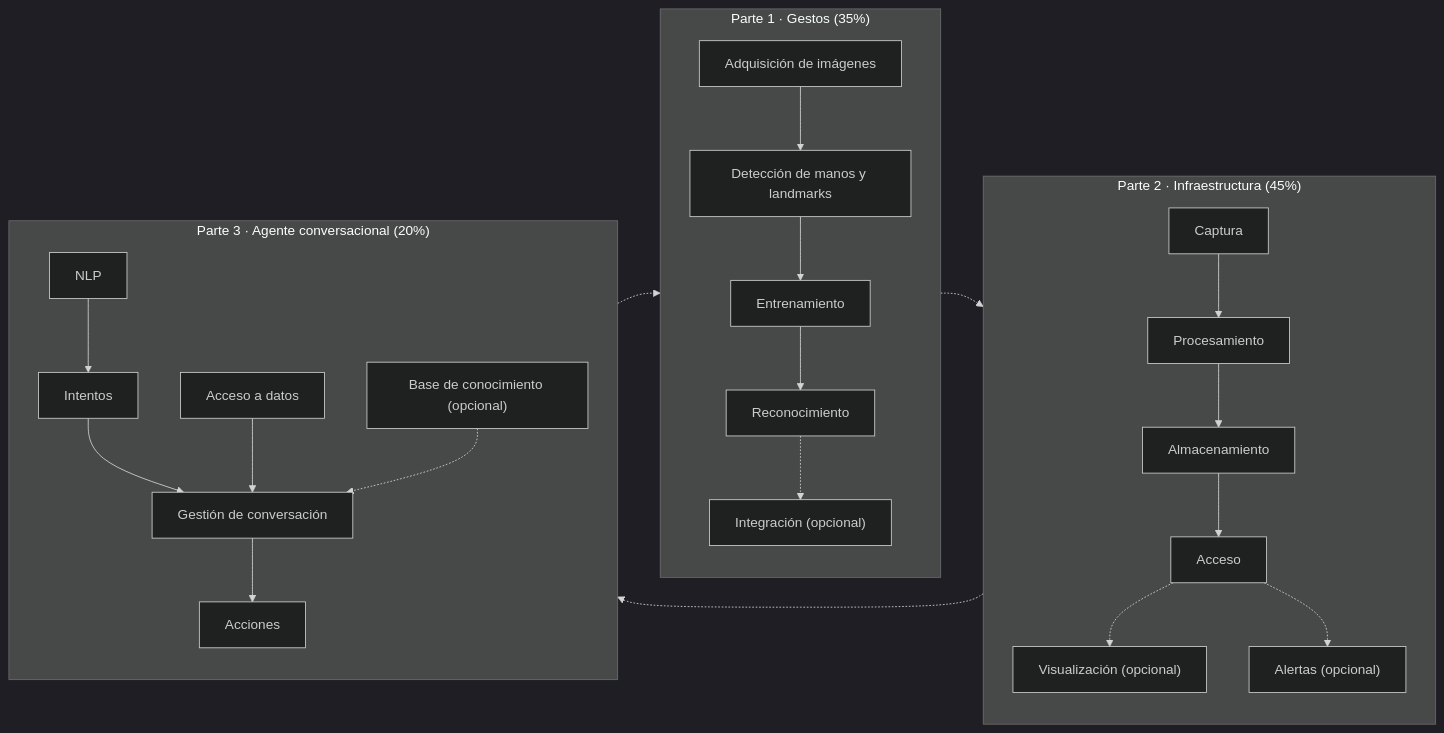
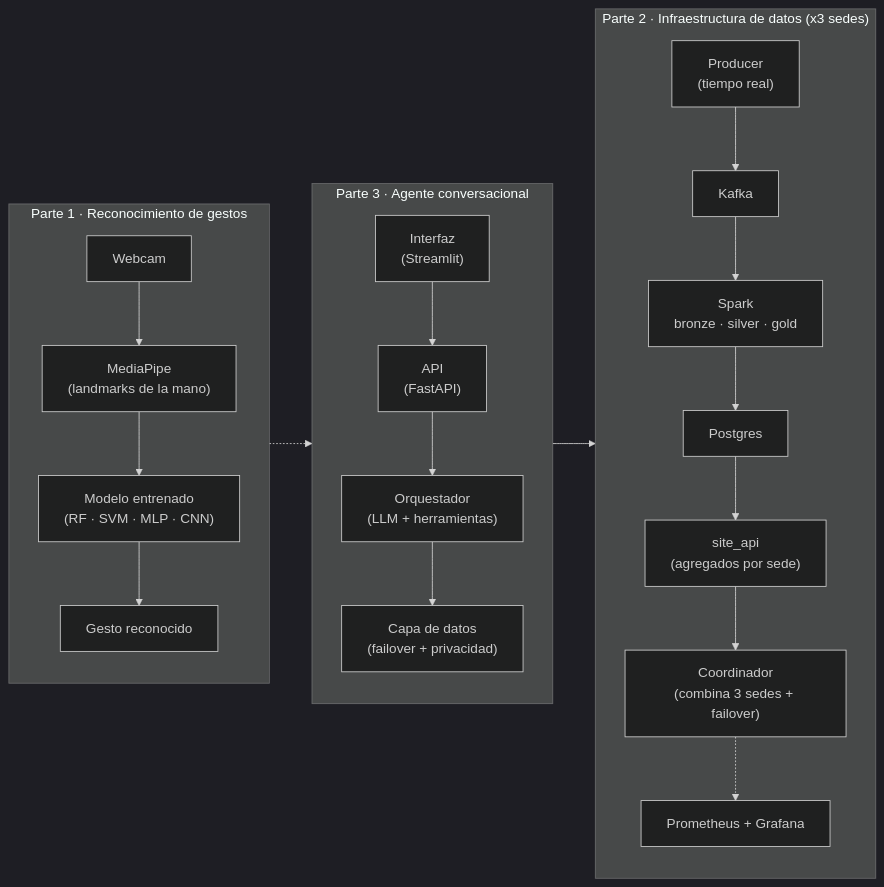
Before and after one commit to AlfonsoJimena/multimodal-analyst-assistant: the diagram in README.md, drawn with Mermaid (dark theme). The commit also changed other lines of this file and 3 other files, not shown here.

````diff
--- a/README.md
+++ b/README.md
@@ -60,32 +18,29 @@
 ```mermaid
 flowchart LR
-    subgraph P1["Parte 1 · Gestos (35%)"]
+    subgraph P1["Parte 1 · Reconocimiento de gestos"]
         direction TB
-        A1["Adquisición de imágenes"] --> A2["Detección de manos y landmarks"]
-        A2 --> A3["Entrenamiento"]
-        A3 --> A4["Reconocimiento"]
-        A4 -.-> A5["Integración (opcional)"]
+        A1["Webcam"] --> A2["MediaPipe<br/>(landmarks de la mano)"]
+        A2 --> A3["Modelo entrenado<br/>(RF · SVM · MLP · CNN)"]
+        A3 --> A4["Gesto reconocido"]
     end
 
-    subgraph P2["Parte 2 · Infraestructura (45%)"]
+    subgraph P2["Parte 2 · Infraestructura de datos (x3 sedes)"]
         direction TB
-        B1["Captura"] --> B2["Procesamiento"]
-        B2 --> B3["Almacenamiento"]
-        B3 --> B4["Acceso"]
-        B4 -.-> B5["Visualización (opcional)"]
-        B4 -.-> B6["Alertas (opcional)"]
+        B1["Producer<br/>(tiempo real)"] --> B2["Kafka"]
+        B2 --> B3["Spark<br/>bronze · silver · gold"]
+        B3 --> B4["Postgres"]
+        B4 --> B5["site_api<br/>(agregados por sede)"]
+        B5 --> B6["Coordinador<br/>(combina 3 sedes + failover)"]
+        B6 -.-> B7["Prometheus + Grafana"]
     end
 
-    subgraph P3["Parte 3 · Agente conversacional (20%)"]
+    subgraph P3["Parte 3 · Agente conversacional"]
         direction TB
-        C2["NLP"] --> C5["Intentos"]
-        C5 --> C3["Gestión de conversación"]
-        C1["Acceso a datos"] --> C3
-        C6["Base de conocimiento (opcional)"] -.-> C3
-        C3 --> C4["Acciones"]
+        C1["Interfaz<br/>(Streamlit)"] --> C2["API<br/>(FastAPI)"]
+        C2 --> C3["Orquestador<br/>(LLM + herramientas)"]
+        C3 --> C4["Capa de datos<br/>(failover + privacidad)"]
     end
 
-    A5 -.-> B1
-    B4 -.-> C1
-    C6 -.-> A5
+    A4 -.-> C1
+    C4 --> B6
 ```
````
